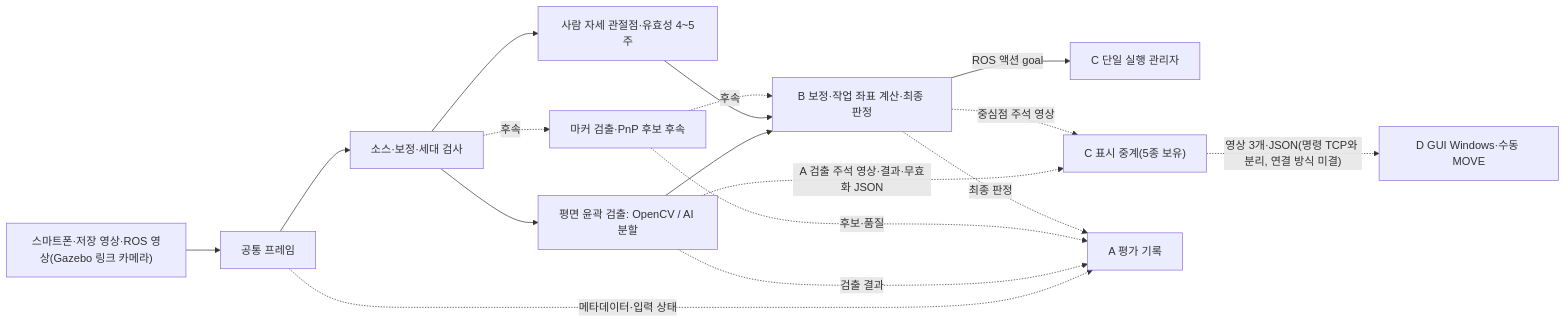
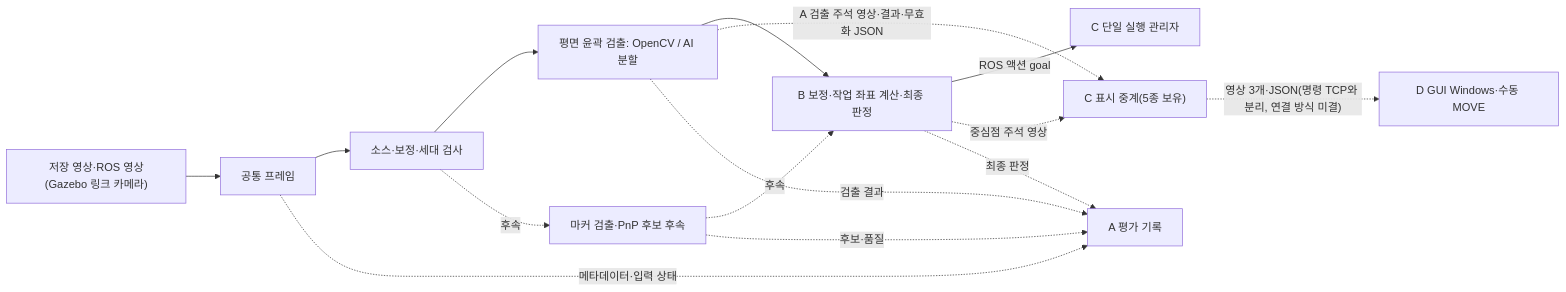
The diagram in docs/design/A담당_비전_상세설계.md (didgustmd23/EyetoArm), drawn with Mermaid before and after one commit. The commit also changed other lines of this file, not shown here.

Commit message:
docs: drop the B-owned smartphone and pose content and fix the BOLT_A label in the A design (1.42)

````diff
--- a/docs/design/A담당_비전_상세설계.md
+++ b/docs/design/A담당_비전_상세설계.md
@@ -118,19 +119,17 @@
 ```mermaid
 flowchart LR
-    Sources["스마트폰·저장 영상·ROS 영상(Gazebo 링크 카메라)"] --> Input[공통 프레임]
+    Sources["저장 영상·ROS 영상(Gazebo 링크 카메라)"] --> Input[공통 프레임]
     Input --> Check[소스·보정·세대 검사]
     Check --> Planar[평면 윤곽 검출: OpenCV / AI 분할]
-    Check --> Pose[사람 자세 관절점·유효성 4~5주]
     Check -. 후속 .-> Marker[마커 검출·PnP 후보 후속]
     Planar --> B[B 보정·작업 좌표 계산·최종 판정]
-    Pose --> B
     Marker -. 후속 .-> B
     B -->|ROS 액션 goal| Cx[C 단일 실행 관리자]
     Planar -. A 검출 주석 영상·결과·무효화 JSON .-> Cd["C 표시 중계(5종 보유)"]
     B -. 중심점 주석 영상 .-> Cd
     Cd -. "영상 3개·JSON(명령 TCP와 분리, 연결 방식 미결)" .-> D[D GUI Windows·수동 MOVE]
     Input -. 메타데이터·입력 상태 .-> Log[A 평가 기록]
     Planar -. 검출 결과 .-> Log
     Marker -. 후보·품질 .-> Log
     B -. 최종 판정 .-> Log
 ```
````
